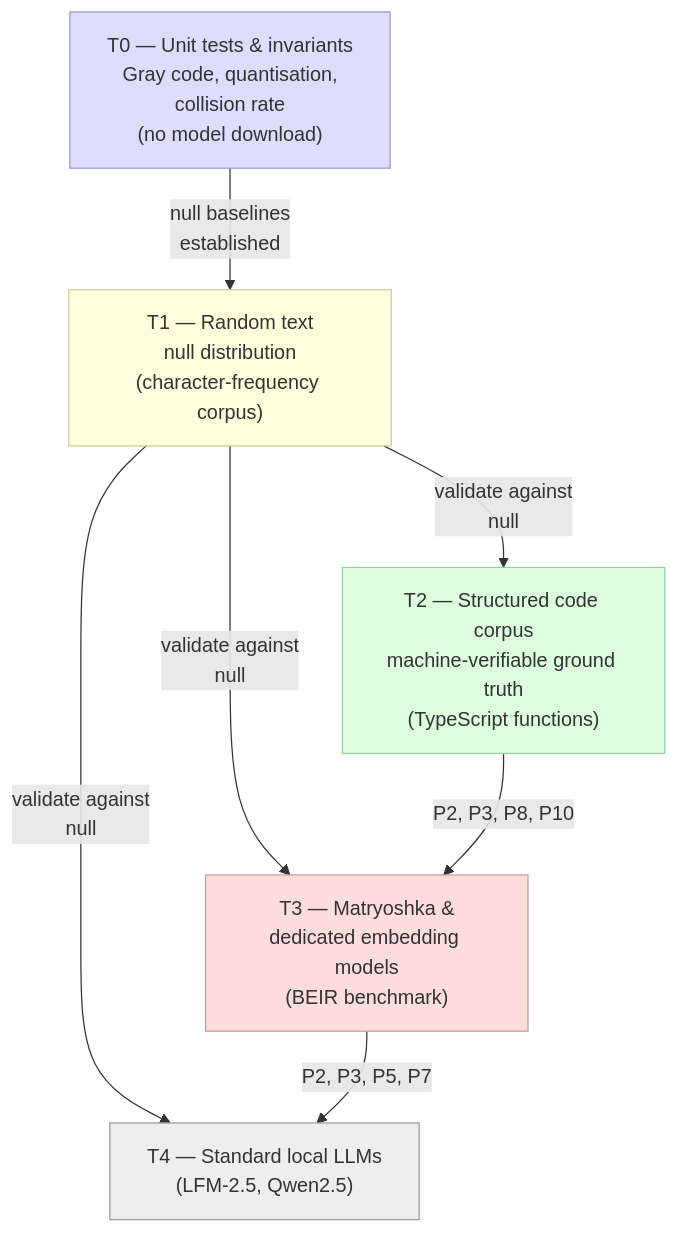
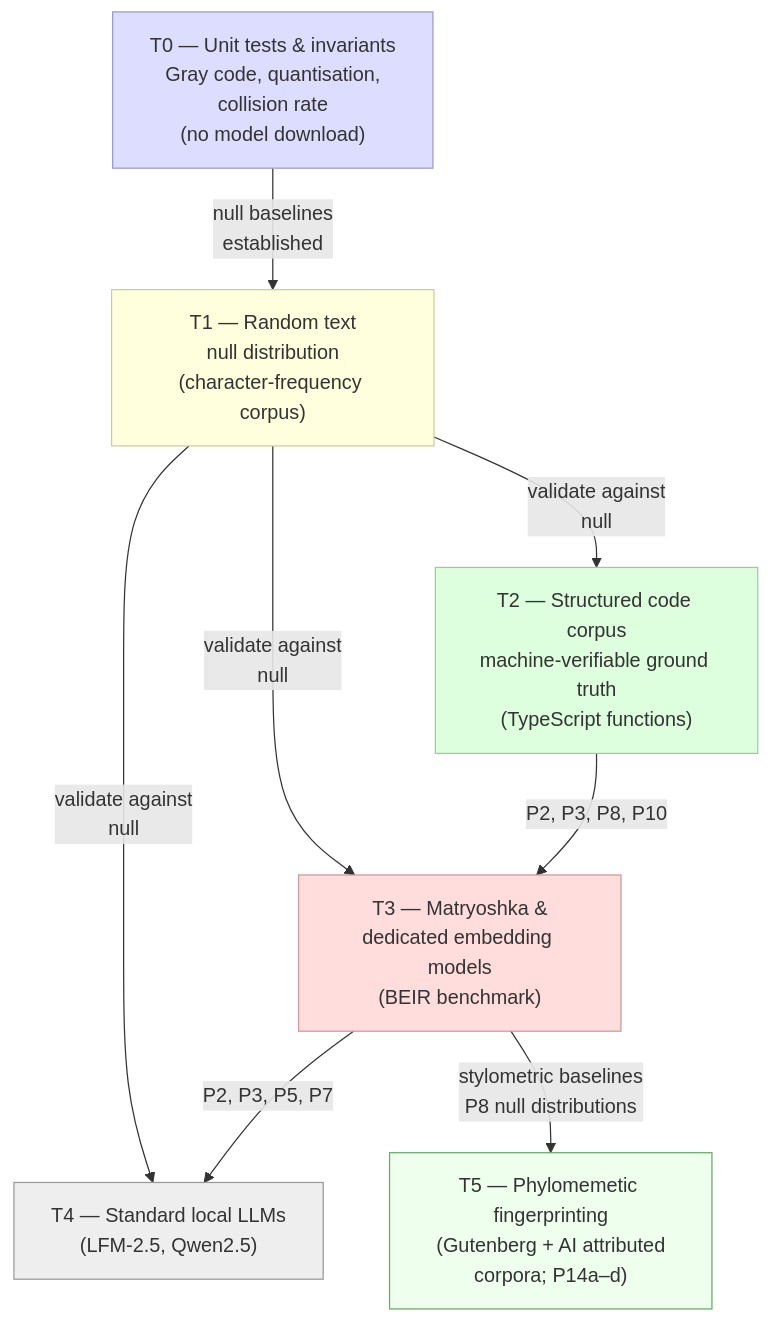
Before and after one commit to devlux76/q2: the diagram in TESTING.md, drawn with Mermaid. The commit also changed other lines of this file and 1 other file, not shown here.

````diff
--- a/TESTING.md
+++ b/TESTING.md
@@ -43,21 +44,24 @@
 ```mermaid
 flowchart TD
     T0["T0 — Unit tests & invariants\nGray code, quantisation,\ncollision rate\n(no model download)"]
     T1["T1 — Random text\nnull distribution\n(character-frequency corpus)"]
     T2["T2 — Structured code corpus\nmachine-verifiable ground truth\n(TypeScript functions)"]
     T3["T3 — Matryoshka &\ndedicated embedding models\n(BEIR benchmark)"]
     T4["T4 — Standard local LLMs\n(LFM-2.5, Qwen2.5)"]
+    T5["T5 — Phylomemetic fingerprinting\n(Gutenberg + AI attributed\ncorpora; P14a–d)"]
 
     T0 -->|"null baselines\nestablished"| T1
     T1 -->|"validate against\nnull"| T2
     T1 -->|"validate against\nnull"| T3
     T1 -->|"validate against\nnull"| T4
     T2 -->|"P2, P3, P8, P10"| T3
     T3 -->|"P2, P3, P5, P7"| T4
+    T3 -->|"stylometric baselines\nP8 null distributions"| T5
 
     style T0 fill:#ddf,stroke:#99c
     style T1 fill:#ffd,stroke:#cc9
     style T2 fill:#dfd,stroke:#9c9
     style T3 fill:#fdd,stroke:#c99
     style T4 fill:#eee,stroke:#999
+    style T5 fill:#efe,stroke:#6a6
 ```
````
